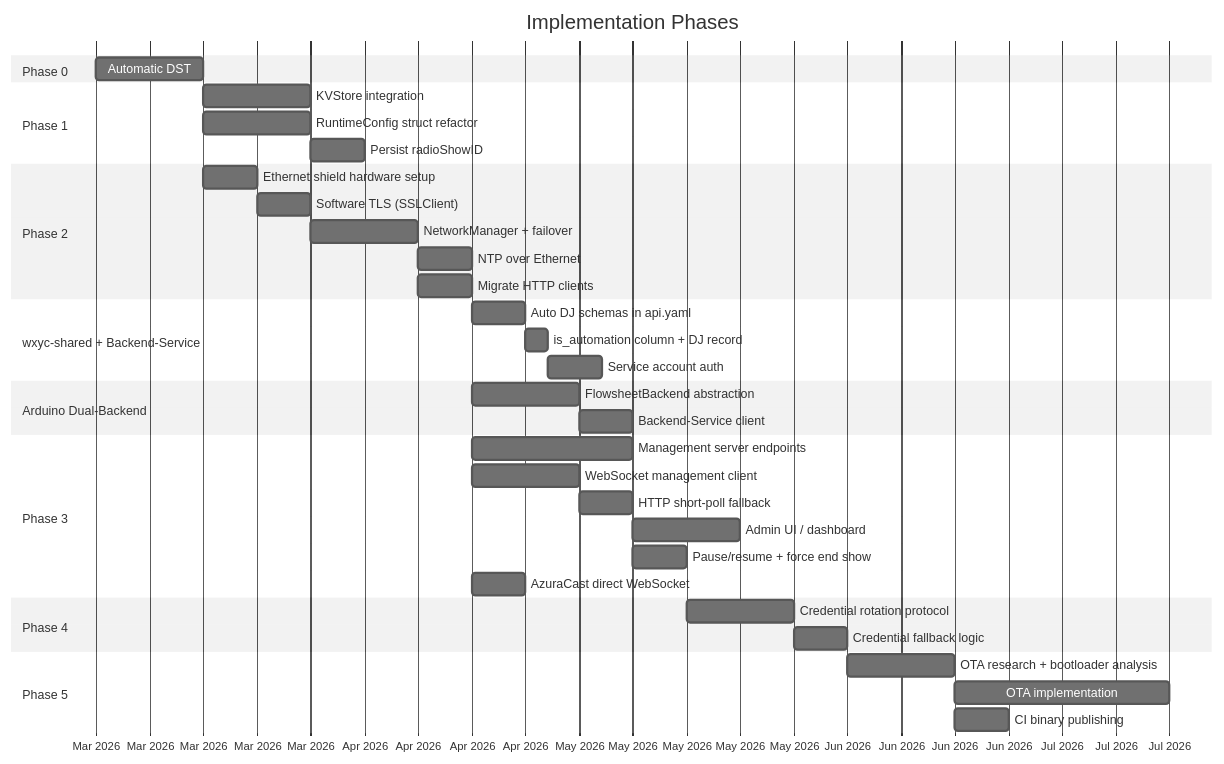
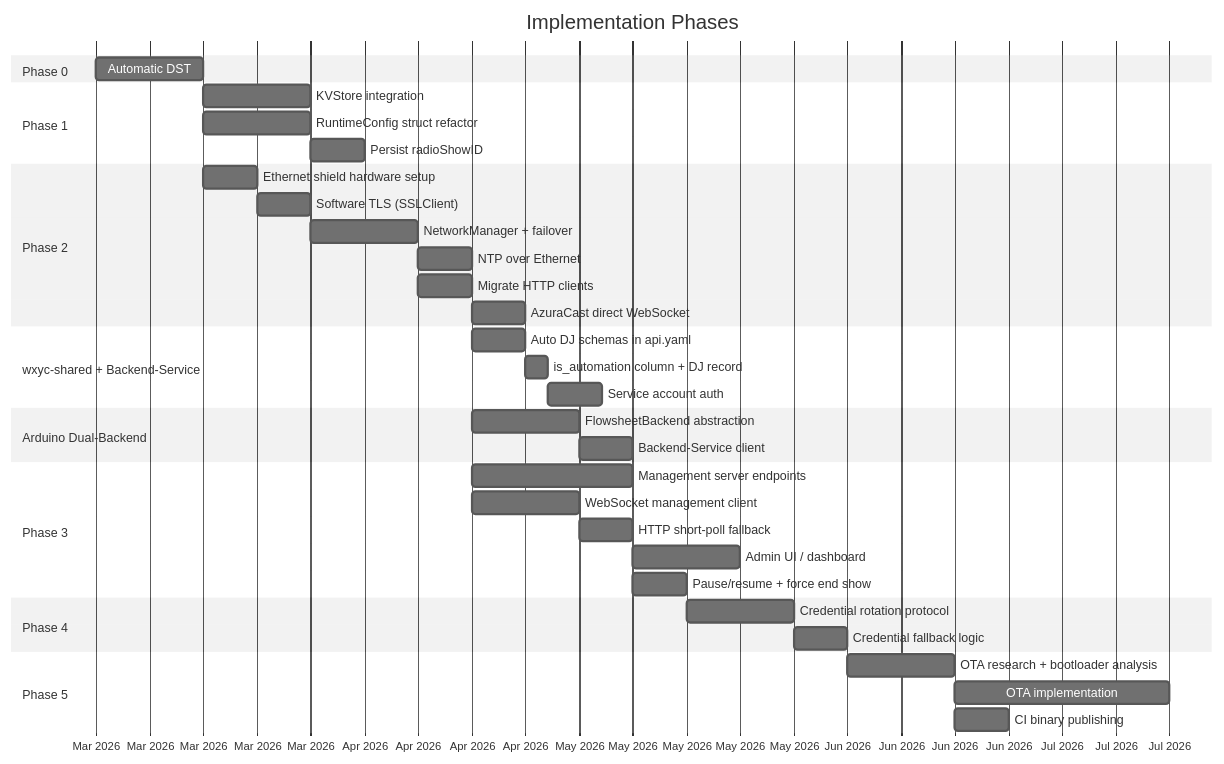
Diagram 12 of 13 in docs/networking-spec.md (WXYC/auto-dj-arduino-switch), drawn with Mermaid (neutral theme) before and after one commit. The commit also changed other lines of this file, not shown here.

````diff
--- a/docs/networking-spec.md
+++ b/docs/networking-spec.md
@@ -2025,47 +2025,47 @@
 ```mermaid
 gantt
     title Implementation Phases
     dateFormat YYYY-MM-DD
     axisFormat %b %Y
 
     section Phase 0
     Automatic DST                          :p0, 2026-03-01, 14d
 
     section Phase 1
     KVStore integration                    :p1a, after p0, 14d
     RuntimeConfig struct refactor          :p1b, after p0, 14d
     Persist radioShowID                    :p1c, after p1a, 7d
 
     section Phase 2
     Ethernet shield hardware setup         :p2a, after p0, 7d
     Software TLS (SSLClient)               :p2b, after p2a, 7d
     NetworkManager + failover              :p2c, after p2b, 14d
     NTP over Ethernet                      :p2d, after p2c, 7d
     Migrate HTTP clients                   :p2e, after p2c, 7d
+    AzuraCast direct WebSocket             :p2f, after p2e, 7d
 
     section wxyc-shared + Backend-Service
     Auto DJ schemas in api.yaml            :ws1, after p2e, 7d
     is_automation column + DJ record       :bs1, after ws1, 3d
     Service account auth                   :bs2, after bs1, 7d
 
     section Arduino Dual-Backend
     FlowsheetBackend abstraction           :db1, after p2e, 14d
     Backend-Service client                 :db2, after db1, 7d
 
     section Phase 3
     Management server endpoints            :p3a, after p2e, 21d
     WebSocket management client            :p3b, after p2e, 14d
     HTTP short-poll fallback               :p3c, after p3b, 7d
     Admin UI / dashboard                   :p3d, after p3a, 14d
     Pause/resume + force end show          :p3e, after p3c, 7d
-    AzuraCast direct WebSocket             :p2f, after p2e, 7d
 
     section Phase 4
     Credential rotation protocol           :p4a, after p3e, 14d
     Credential fallback logic              :p4b, after p4a, 7d
 
     section Phase 5
     OTA research + bootloader analysis     :p5a, after p4b, 14d
     OTA implementation                     :p5b, after p5a, 28d
     CI binary publishing                   :p5c, after p5a, 7d
 ```
````
